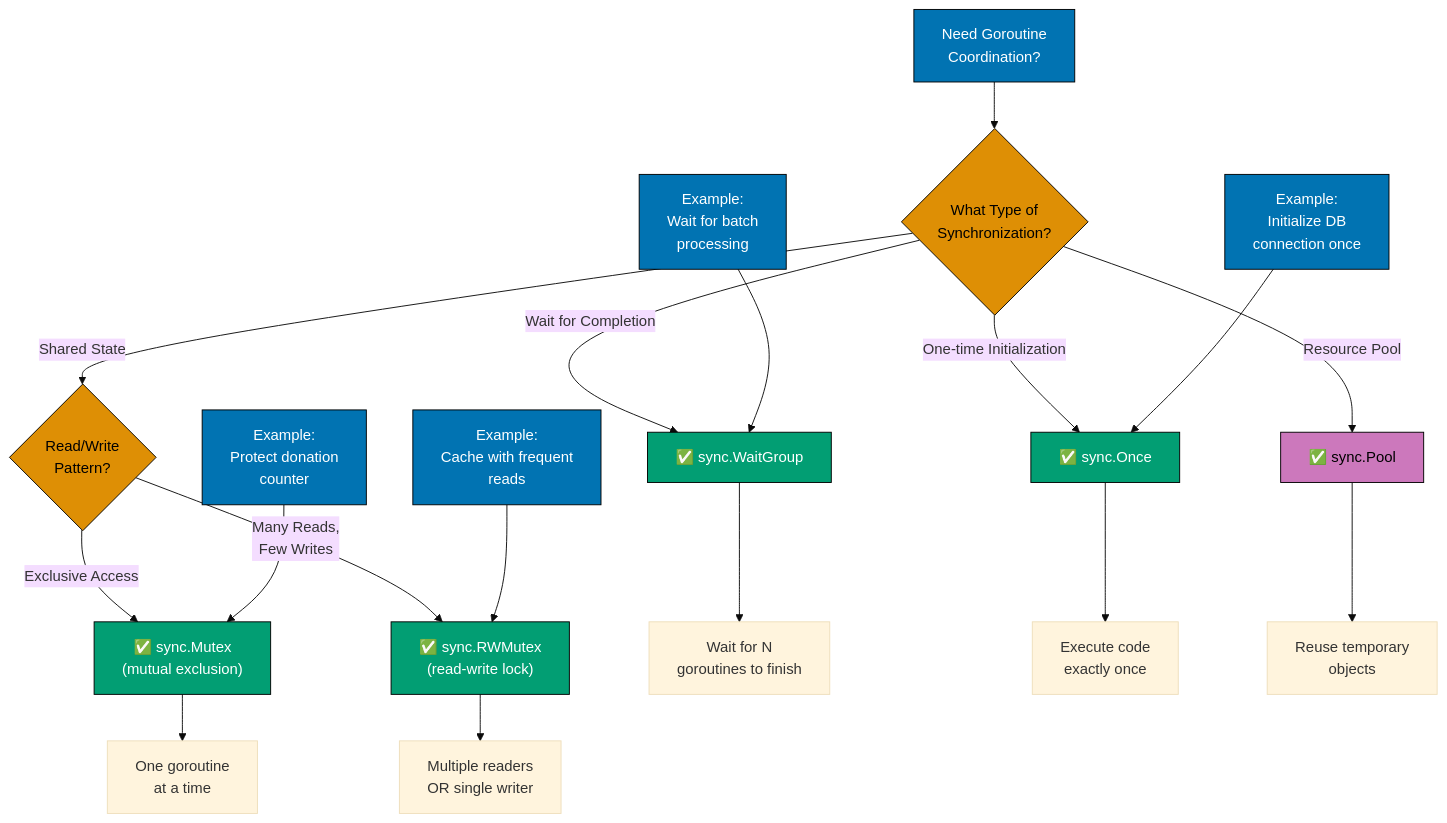
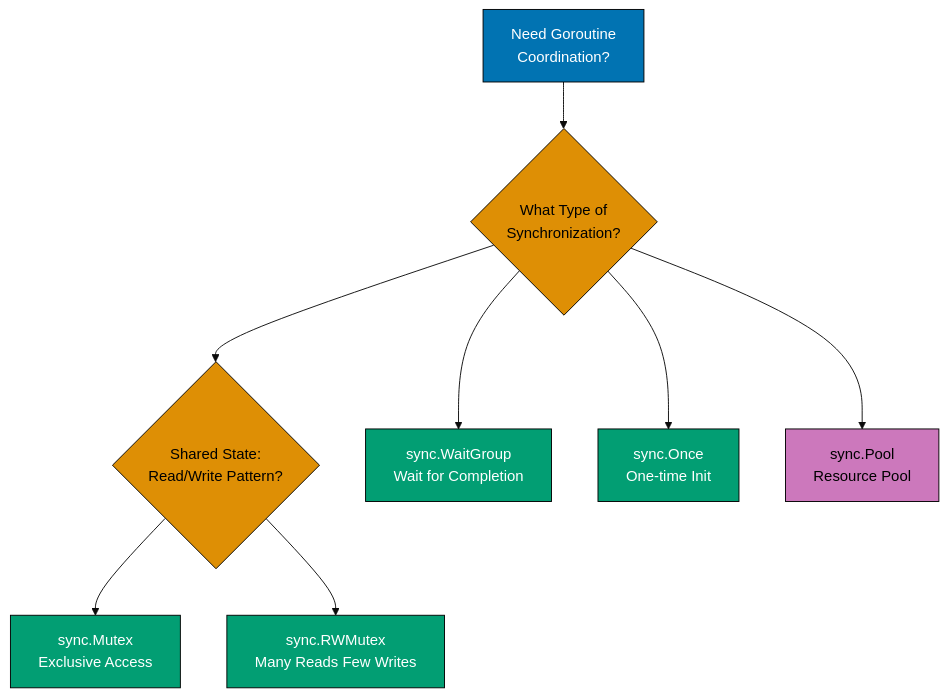
One commit to wahidyankf/open-sharia-enterprise changed the sixth of 10 diagrams in docs/explanation/software-engineering/programming-languages/golang/concurrency-standards.md. Above: the diagram before and after it, drawn with Mermaid (base theme). The commit also changed other lines of this file and 11 other files, not shown here.

First line of the commit message:
fix(docs): fix mermaid violations in golang docs

````diff
--- a/docs/explanation/software-engineering/programming-languages/golang/concurrency-standards.md
+++ b/docs/explanation/software-engineering/programming-languages/golang/concurrency-standards.md
@@ -772,31 +762,20 @@
 ```mermaid
 %% Color Palette: Blue #0173B2, Orange #DE8F05, Teal #029E73, Purple #CC78BC
 %% All colors are color-blind friendly and meet WCAG AA contrast standards
 
 graph TD
     A["Need Goroutine<br/>Coordination?"]:::blue --> B{"What Type of<br/>Synchronization?"}:::orange
 
-    B -->|"Shared State"| C{"Read/Write<br/>Pattern?"}:::orange
-    B -->|"Wait for Completion"| D["✅ sync.WaitGroup"]:::teal
-    B -->|"One-time Initialization"| E["✅ sync.Once"]:::teal
-    B -->|"Resource Pool"| F["✅ sync.Pool"]:::purple
+    B --> C{"Shared State:<br/>Read/Write Pattern?"}:::orange
+    B --> D["sync.WaitGroup<br/>Wait for Completion"]:::teal
+    B --> E["sync.Once<br/>One-time Init"]:::teal
+    B --> F["sync.Pool<br/>Resource Pool"]:::purple
 
-    C -->|"Exclusive Access"| G["✅ sync.Mutex<br/>(mutual exclusion)"]:::teal
-    C -->|"Many Reads,<br/>Few Writes"| H["✅ sync.RWMutex<br/>(read-write lock)"]:::teal
-
-    G --> G1["One goroutine<br/>at a time"]
-    H --> H1["Multiple readers<br/>OR single writer"]
-    D --> D1["Wait for N<br/>goroutines to finish"]
-    E --> E1["Execute code<br/>exactly once"]
-    F --> F1["Reuse temporary<br/>objects"]
-
-    Ex1["Example:<br/>Protect donation<br/>counter"]:::blue --> G
-    Ex2["Example:<br/>Cache with frequent<br/>reads"]:::blue --> H
-    Ex3["Example:<br/>Wait for batch<br/>processing"]:::blue --> D
-    Ex4["Example:<br/>Initialize DB<br/>connection once"]:::blue --> E
+    C --> G["sync.Mutex<br/>Exclusive Access"]:::teal
+    C --> H["sync.RWMutex<br/>Many Reads Few Writes"]:::teal
 
     classDef blue fill:#0173B2,stroke:#000,color:#fff
     classDef orange fill:#DE8F05,stroke:#000,color:#000
     classDef teal fill:#029E73,stroke:#000,color:#fff
     classDef purple fill:#CC78BC,stroke:#000,color:#000
 ```
````
